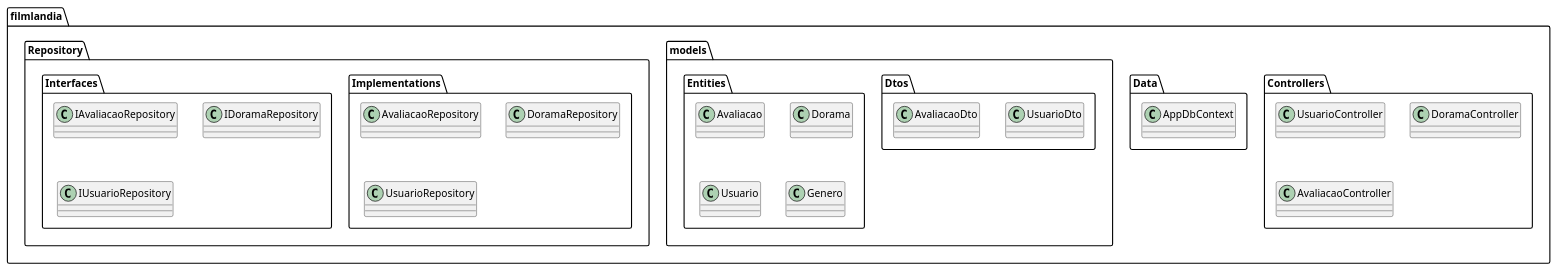
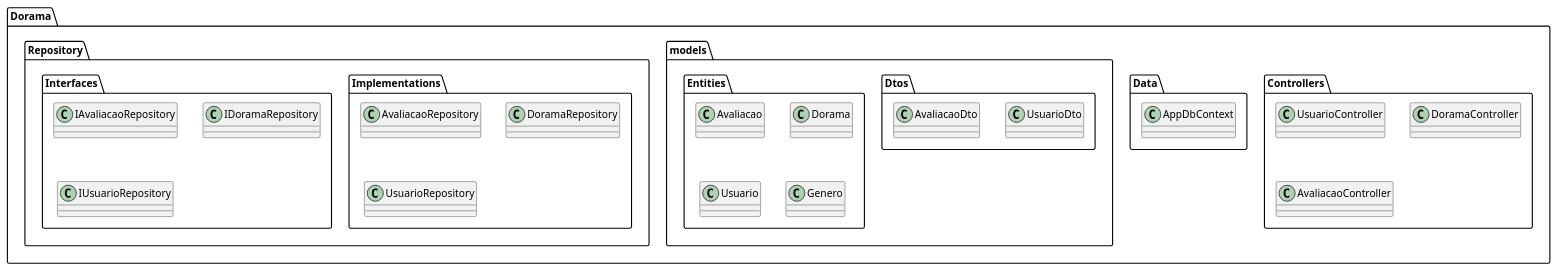
Before and after one commit to KaioHenr/Trab1-PS: the diagram in Trab1-PS/diagramas/diagramas_plantuml/diagrama_de_projeto.plantuml, drawn with PlantUML.

Commit message:
Update diagrama_de_projeto.plantuml
alteração do nome do arquivo principal

```diff
--- a/Trab1-PS/diagramas/diagramas_plantuml/diagrama_de_projeto.plantuml
+++ b/Trab1-PS/diagramas/diagramas_plantuml/diagrama_de_projeto.plantuml
@@ -1,48 +1,48 @@
 @startuml
-package filmlandia {
+package Dorama {
 
         package Controllers {
         class UsuarioController
         class DoramaController
         class AvaliacaoController
         }
         
         
         package Data {
         class AppDbContext 
         }
         package models {
                 package Dtos {
         class UsuarioDto
         class AvaliacaoDto
 }
                 package Entities {
         class Avaliacao
         class Dorama
         class Usuario
         class Genero
             }
         
 
        
        
         }
 
         package Repository{
         
         package Implementations{
         
         class AvaliacaoRepository
         class DoramaRepository
         class UsuarioRepository
         }
         package Interfaces{
         
         class IAvaliacaoRepository
         class IDoramaRepository
         class IUsuarioRepository
         
         }
         
 }
 @enduml
```
